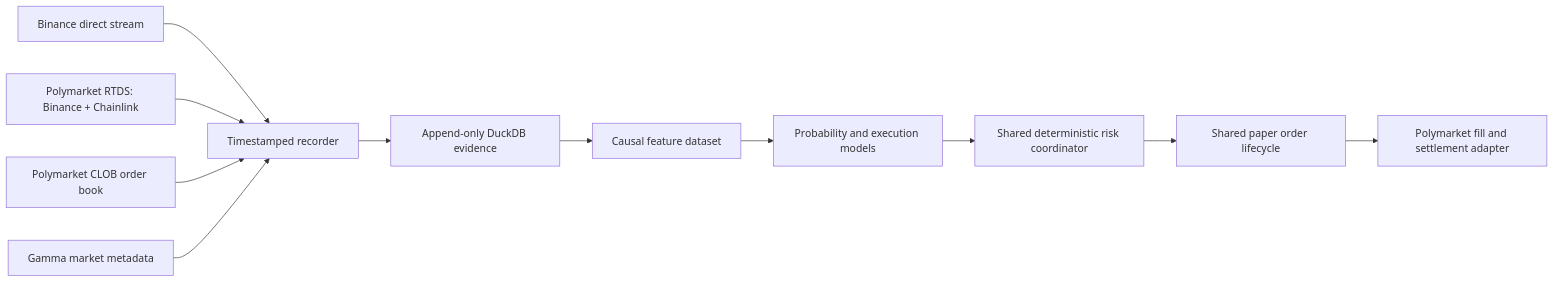
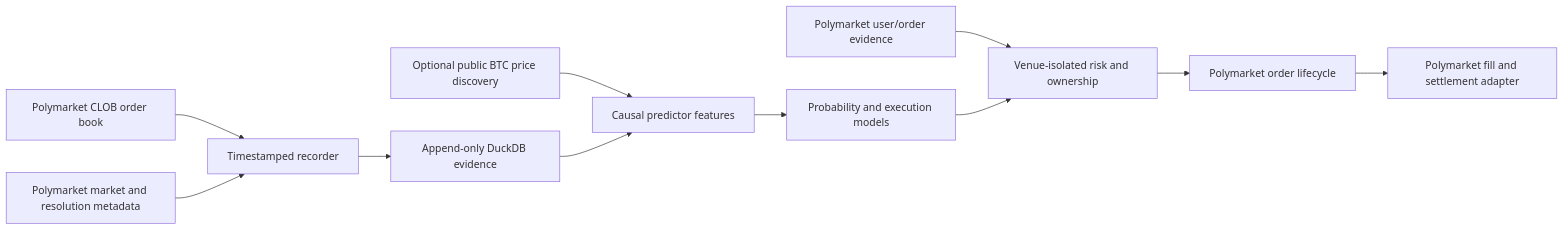
One commit to strmt7/simple_ai_trading changed the diagram in docs/POLYMARKET_PAPER_TRADING.md. Above: the diagram before and after it, drawn with Mermaid. The commit also changed other lines of this file, not shown here.

Commit message:
Clarify independent Polymarket state

````diff
--- a/docs/POLYMARKET_PAPER_TRADING.md
+++ b/docs/POLYMARKET_PAPER_TRADING.md
@@ -33,13 +31,13 @@
 ```mermaid
 flowchart LR
-  B["Binance direct stream"] --> R["Timestamped recorder"]
-  C["Polymarket RTDS: Binance + Chainlink"] --> R
-  O["Polymarket CLOB order book"] --> R
-  G["Gamma market metadata"] --> R
+  B["Optional public BTC price discovery"] --> F["Causal predictor features"]
+  O["Polymarket CLOB order book"] --> R["Timestamped recorder"]
+  G["Polymarket market and resolution metadata"] --> R
+  U["Polymarket user/order evidence"] --> K["Venue-isolated risk and ownership"]
   R --> D["Append-only DuckDB evidence"]
-  D --> F["Causal feature dataset"]
+  D --> F
   F --> M["Probability and execution models"]
-  M --> K["Shared deterministic risk coordinator"]
-  K --> P["Shared paper order lifecycle"]
+  M --> K
+  K --> P["Polymarket order lifecycle"]
   P --> X["Polymarket fill and settlement adapter"]
 ```
````
